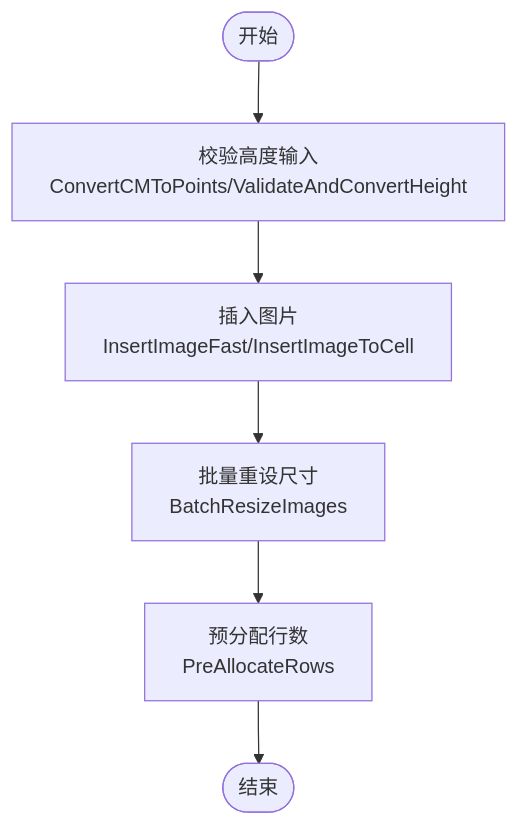
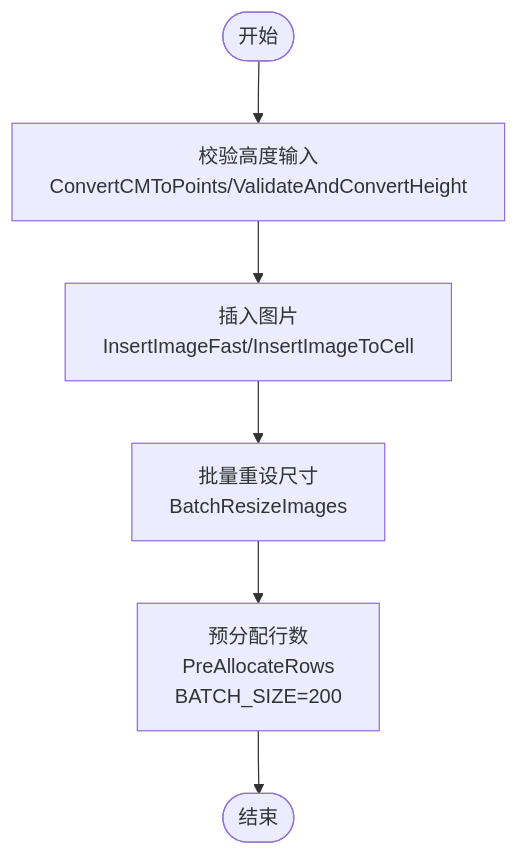
Before and after one commit to rainiva/WordTools: diagram 12 of 17 in .qoder/repowiki/zh/content/服务层/表格服务.md, drawn with Mermaid. The commit also changed other lines of this file and 5 other files, not shown here.

````diff
--- a/.qoder/repowiki/zh/content/服务层/表格服务.md
+++ b/.qoder/repowiki/zh/content/服务层/表格服务.md
@@ -541,8 +541,8 @@
 ```mermaid
 flowchart TD
 Start(["开始"]) --> Validate["校验高度输入<br/>ConvertCMToPoints/ValidateAndConvertHeight"]
 Validate --> Insert["插入图片<br/>InsertImageFast/InsertImageToCell"]
 Insert --> Resize["批量重设尺寸<br/>BatchResizeImages"]
-Resize --> PreAlloc["预分配行数<br/>PreAllocateRows"]
+Resize --> PreAlloc["预分配行数<br/>PreAllocateRows<br/>BATCH_SIZE=200"]
 PreAlloc --> End(["结束"])
 ```
````
